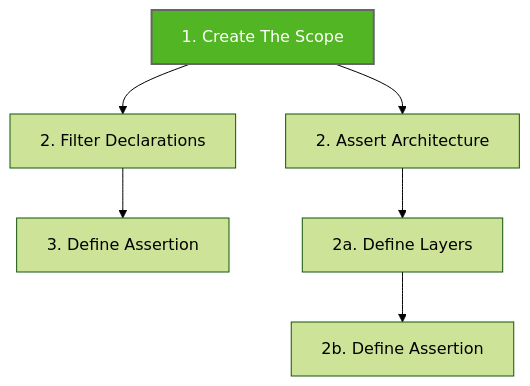
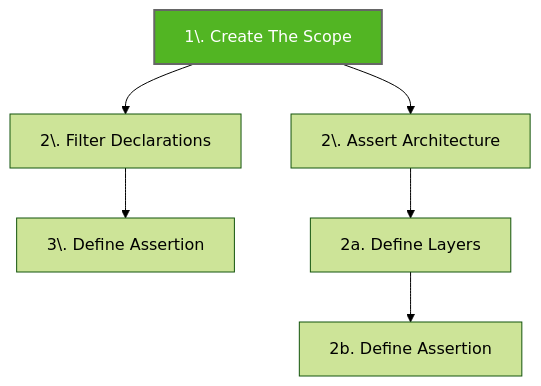
One commit to LemonAppDev/konsist-documentation changed the first of 2 diagrams in writing-tests/koscope.md. Above: the diagram before and after it, drawn with Mermaid. The commit also changed 8 other files, not shown here.

Commit message:
upd mermeid diagrams

````diff
--- a/writing-tests/koscope.md
+++ b/writing-tests/koscope.md
@@ -13,13 +13,13 @@
 ```mermaid
 %%{init: {'theme':'forest'}}%%
 flowchart TB
-    Step1["1. Create The Scope"]-->StepD2
-    Step1["1. Create The Scope"]-->StepA2
-    StepD2["2. Filter Declarations"]-->StepD3
-    StepD3["3. Define Assertion"]
-    StepA2["2. Assert Architecture"]-->StepA3
-    StepA3["2a. Define Layers"]-->StepA4
+    Step1["1\. Create The Scope"] --> StepD2
+    Step1["1\. Create The Scope"]-->StepA2
+    StepD2["2\. Filter Declarations"] --> StepD3
+    StepD3["3\. Define Assertion"]
+    StepA2["2\. Assert Architecture"] --> StepA3
+    StepA3["2a. Define Layers"] --> StepA4
     StepA4["2b. Define Assertion"]
     style Step1 fill:#52B523,stroke:#666,stroke-width:2px,color:#fff
 
 ```
````
